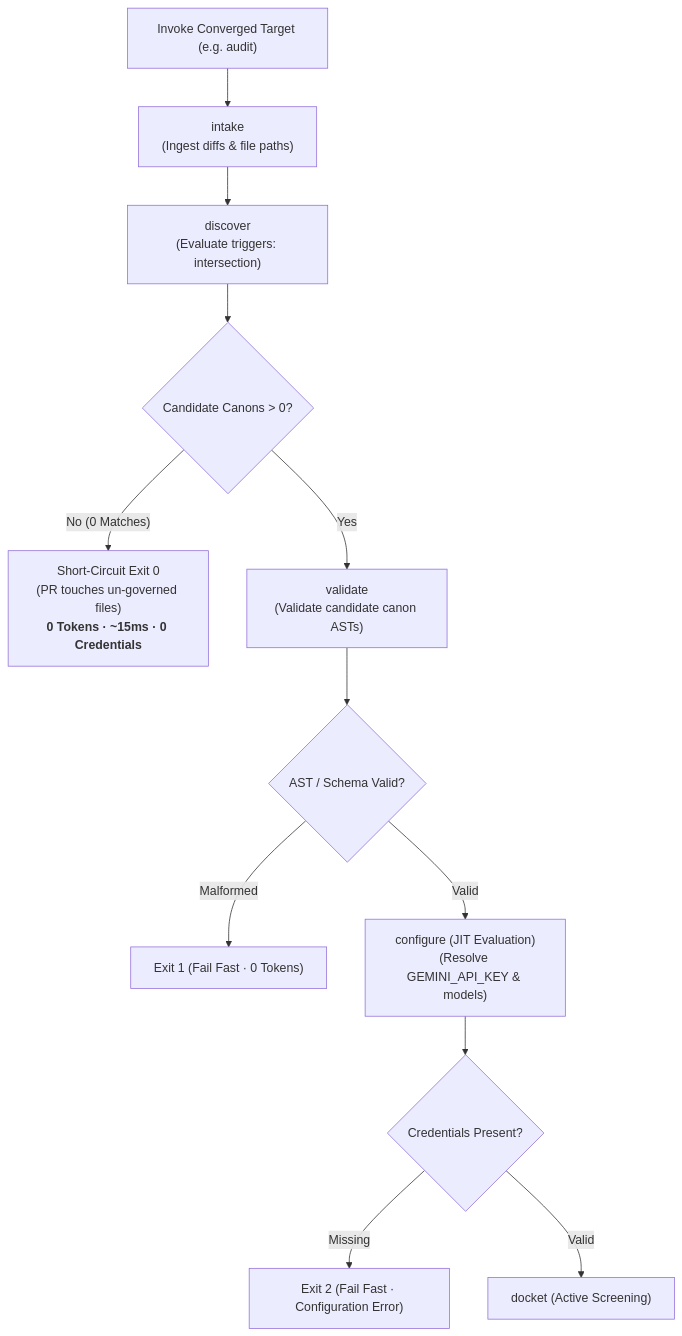
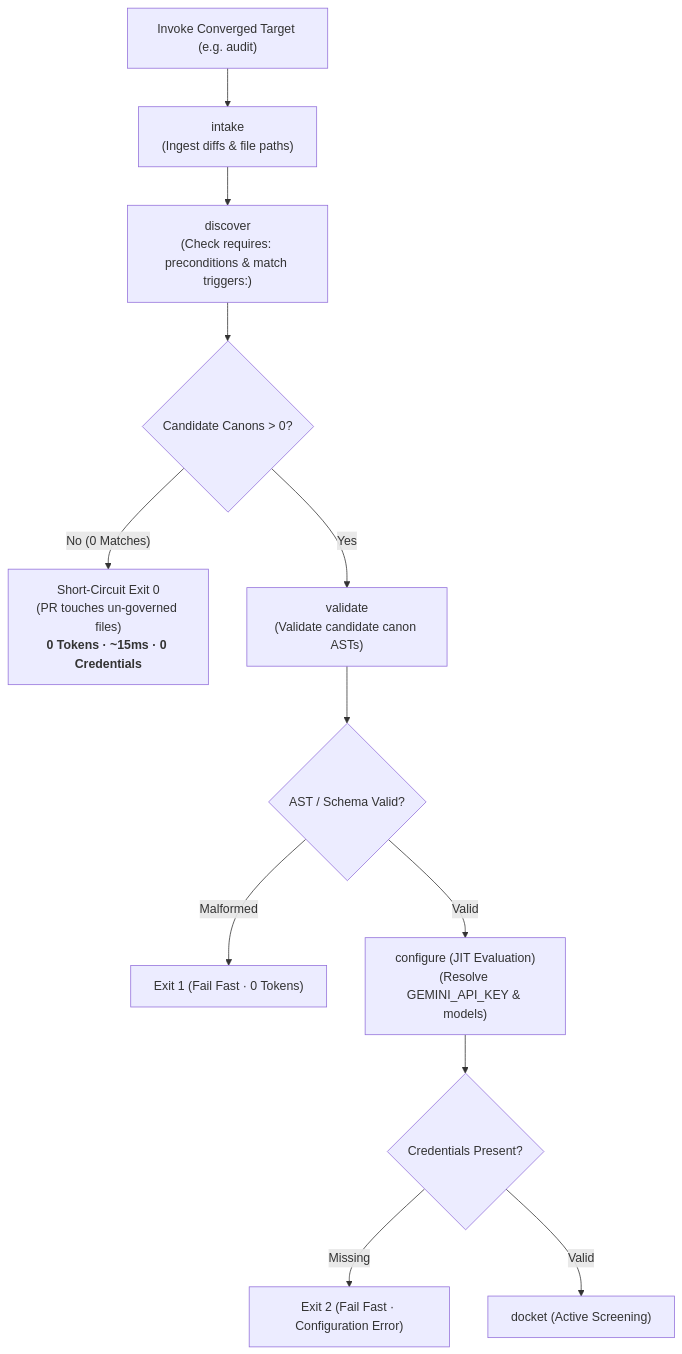
Before and after one commit to PAIR-code/canon-clerk: the diagram in docs/architecture/scheduling.md, drawn with Mermaid. The commit also changed other lines of this file and 3 other files, not shown here.

First line of the commit message:
docs(arch): formalize requires preconditions and scope containment in caseload DAG (#195)

````diff
--- a/docs/architecture/scheduling.md
+++ b/docs/architecture/scheduling.md
@@ -69,17 +69,17 @@
 ```mermaid
 flowchart TD
     Start["Invoke Converged Target (e.g. audit)"] --> S1["intake<br/>(Ingest diffs & file paths)"]
-    S1 --> S2["discover<br/>(Evaluate triggers: intersection)"]
+    S1 --> S2["discover<br/>(Check requires: preconditions & match triggers:)"]
     S2 --> Check{"Candidate Canons > 0?"}
     
     Check -- "No (0 Matches)" --> ShortCircuit["Short-Circuit Exit 0<br/>(PR touches un-governed files)<br/><b>0 Tokens · ~15ms · 0 Credentials</b>"]
     Check -- "Yes" --> S3["validate<br/>(Validate candidate canon ASTs)"]
     
     S3 --> SyntaxCheck{"AST / Schema Valid?"}
     SyntaxCheck -- "Malformed" --> Fail1["Exit 1 (Fail Fast · 0 Tokens)"]
     SyntaxCheck -- "Valid" --> S4["configure (JIT Evaluation)<br/>(Resolve GEMINI_API_KEY & models)"]
     
     S4 --> ConfigCheck{"Credentials Present?"}
     ConfigCheck -- "Missing" --> Fail2["Exit 2 (Fail Fast · Configuration Error)"]
     ConfigCheck -- "Valid" --> S5["docket (Active Screening)"]
 ```
````
